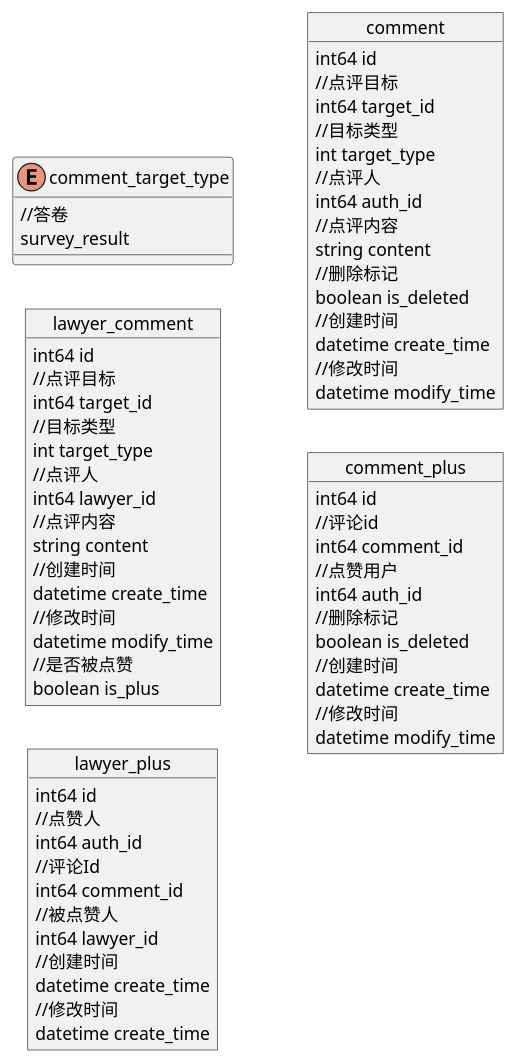
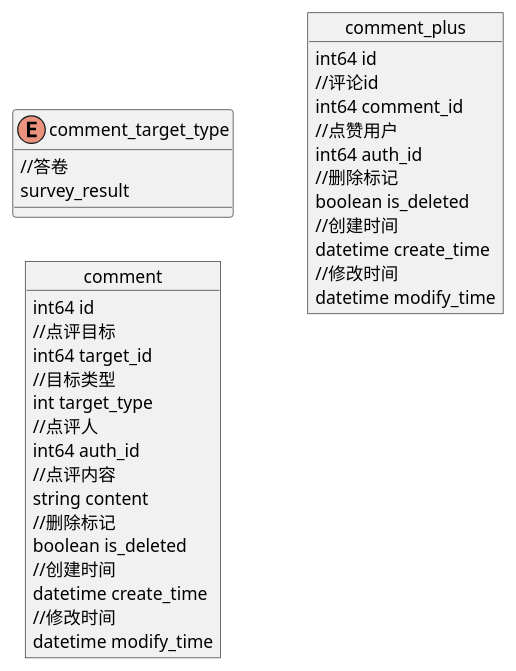
Before and after one commit to cryS4tal/degign: the diagram in tmindtech/comment/comment.db.puml.md, drawn with PlantUML.

Commit message:
fix:remove unused db design

````diff
--- a/tmindtech/comment/comment.db.puml.md
+++ b/tmindtech/comment/comment.db.puml.md
@@ -1,75 +1,43 @@
 ```plantuml
 @startuml
 left to right direction
 
 enum comment_target_type {
     //答卷
     survey_result
-}
-
-object lawyer_comment {
-    int64 id
-    //点评目标
-    int64 target_id
-    //目标类型
-    int target_type
-    //点评人
-    int64 lawyer_id
-    //点评内容
-    string content
-    //创建时间
-    datetime create_time
-    //修改时间
-    datetime modify_time
-    //是否被点赞
-    boolean is_plus
-}
-
-object lawyer_plus {
-    int64 id
-    //点赞人
-    int64 auth_id
-    //评论Id
-    int64 comment_id
-    //被点赞人
-    int64 lawyer_id
-    //创建时间
-    datetime create_time
-    //修改时间
-    datetime create_time
 }
 
 object comment {
     int64 id
     //点评目标
     int64 target_id
     //目标类型
     int target_type
     //点评人
     int64 auth_id
     //点评内容
     string content
     //删除标记
     boolean is_deleted
     //创建时间
     datetime create_time
     //修改时间
     datetime modify_time
 }
 
 object comment_plus {
     int64 id
     //评论id
     int64 comment_id
     //点赞用户
     int64 auth_id
     //删除标记
     boolean is_deleted
     //创建时间
     datetime create_time
     //修改时间
     datetime modify_time
 }
 
 @enduml
 ```
````
